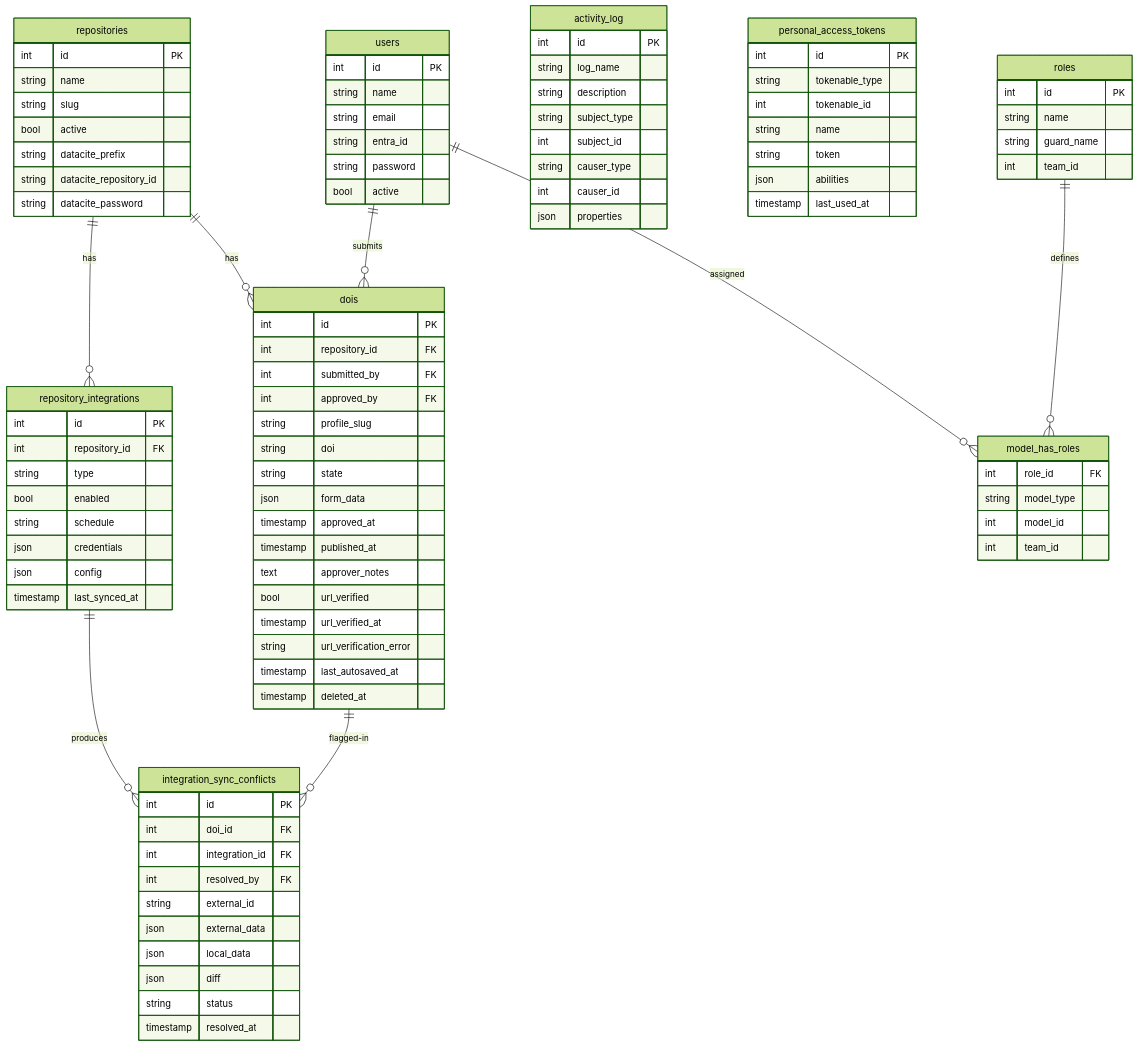
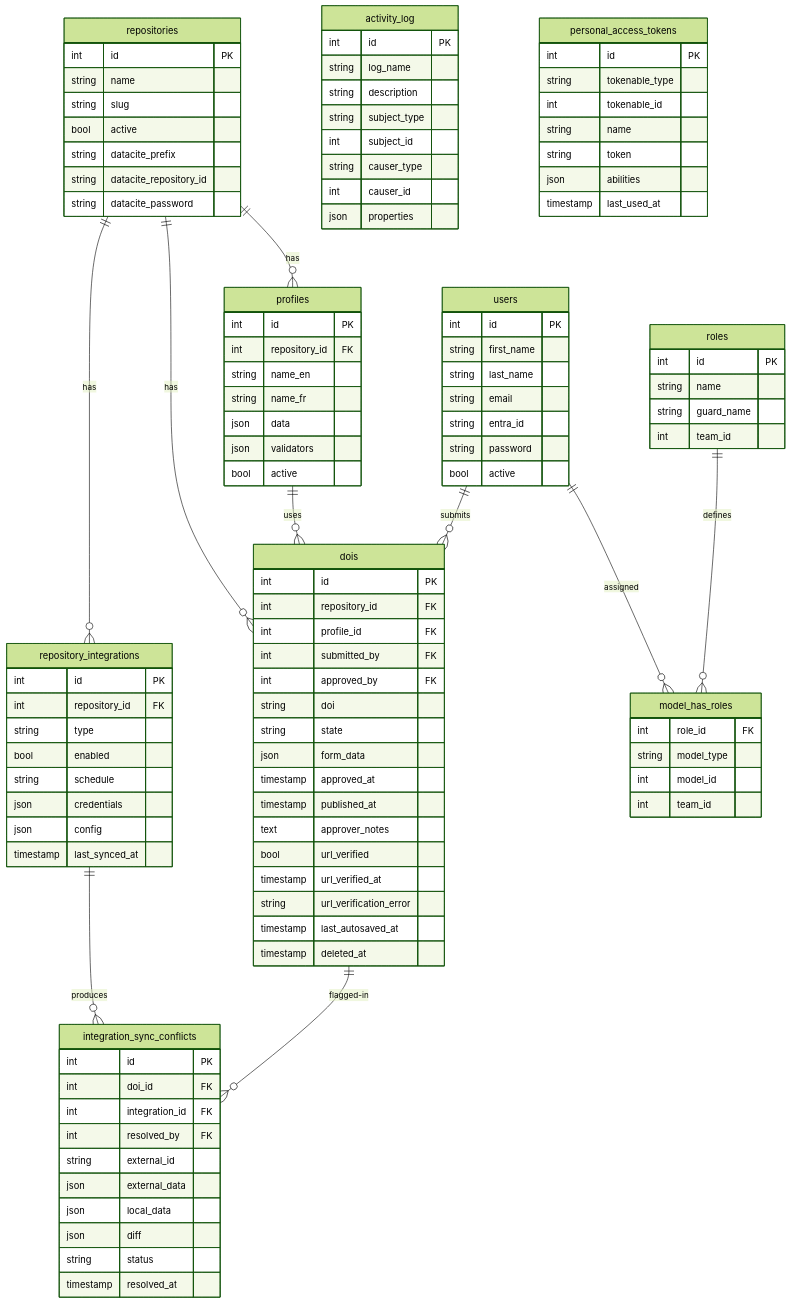
The diagram in docs/design.md (dfo-osdt/doi-forge), drawn with Mermaid (forest theme) before and after one commit. The commit also changed other lines of this file, not shown here.

Commit message:
docs: update with validators

```diff
--- a/docs/design.md
+++ b/docs/design.md
@@ -1259,7 +1232,8 @@
 erDiagram
   users {
     int id PK
-    string name
+    string first_name
+    string last_name
     string email
     string entra_id
     string password
@@ -1274,12 +1248,21 @@
     string datacite_repository_id
     string datacite_password
   }
+  profiles {
+    int id PK
+    int repository_id FK
+    string name_en
+    string name_fr
+    json data
+    json validators
+    bool active
+  }
   dois {
     int id PK
     int repository_id FK
+    int profile_id FK
     int submitted_by FK
     int approved_by FK
-    string profile_slug
     string doi
     string state
     json form_data
@@ -1345,8 +1328,10 @@
     int model_id
     int team_id
   }
+  repositories ||--o{ profiles : "has"
   repositories ||--o{ dois : "has"
   repositories ||--o{ repository_integrations : "has"
+  profiles ||--o{ dois : "uses"
   users ||--o{ dois : "submits"
   users ||--o{ model_has_roles : "assigned"
   roles ||--o{ model_has_roles : "defines"
```
